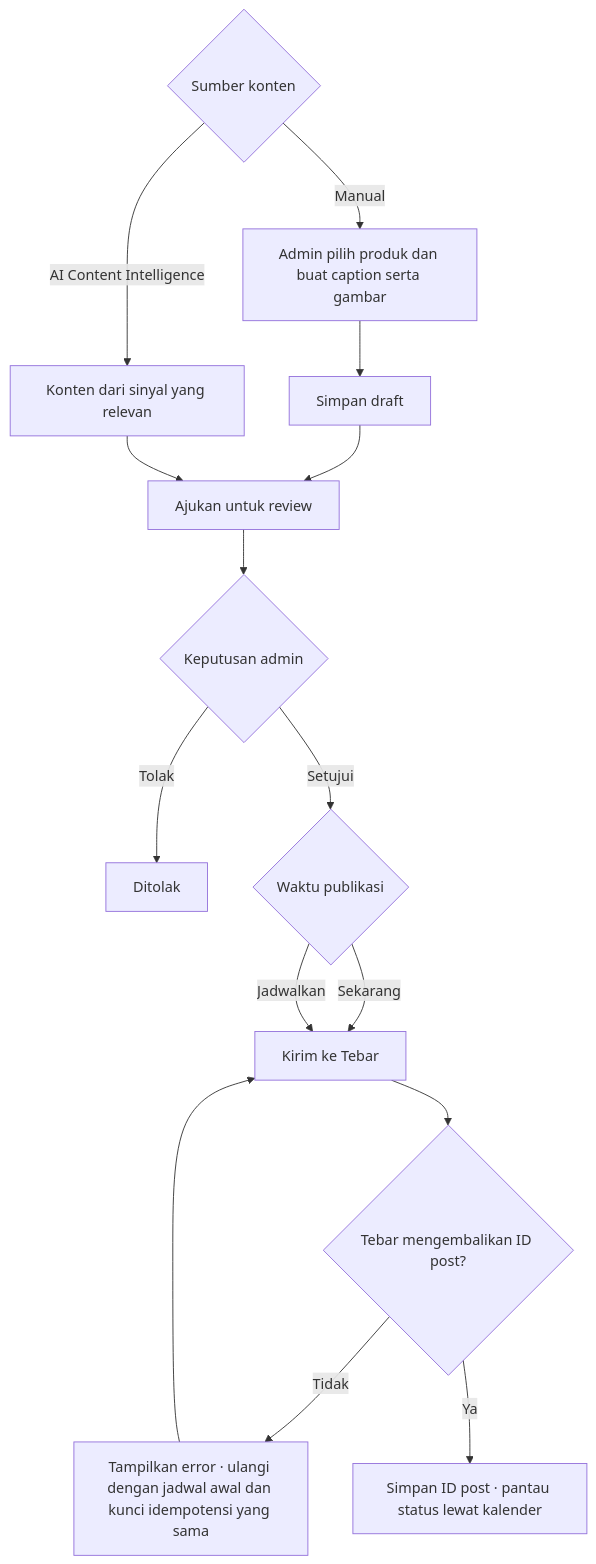
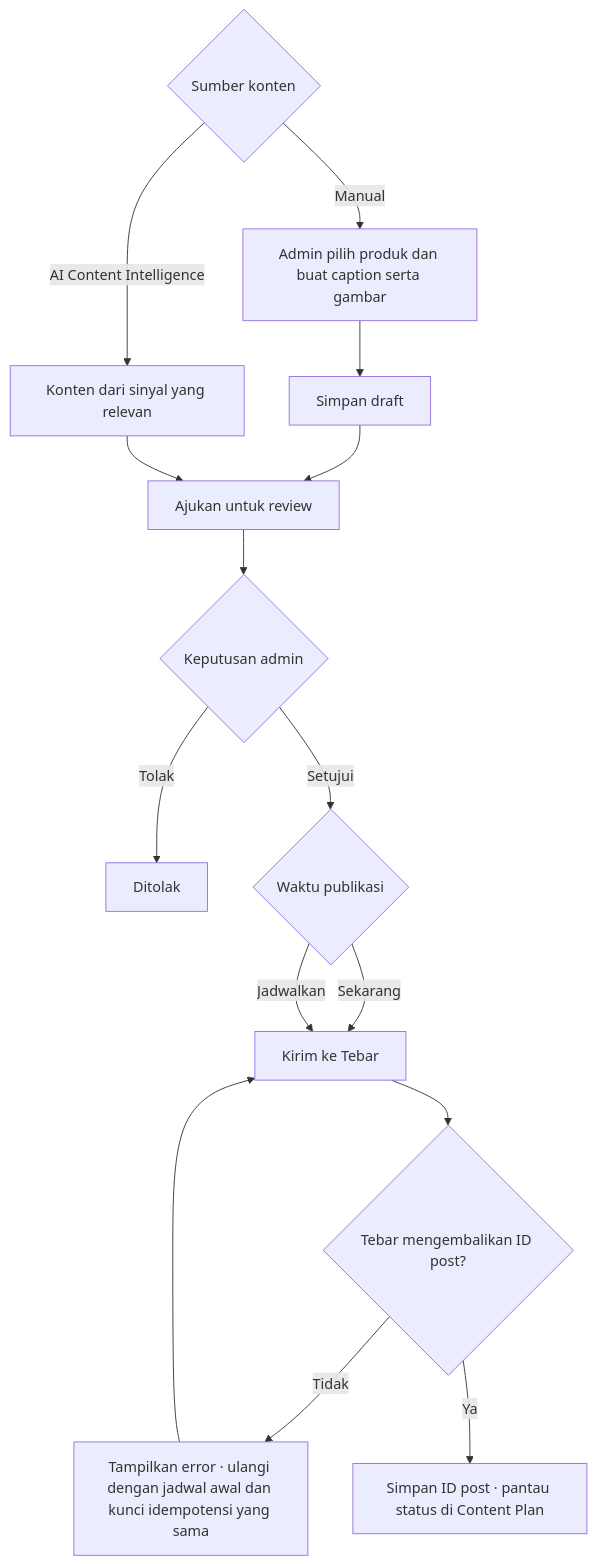
The second of 5 diagrams in README.md (Septiodwi/Pulse-AI), drawn with Mermaid before and after one commit. The commit also changed other lines of this file, not shown here.

````diff
--- a/README.md
+++ b/README.md
@@ -74,17 +74,17 @@
 ```mermaid
 flowchart TD
     Start{"Sumber konten"} -->|"Manual"| Manual["Admin pilih produk dan buat caption serta gambar"]
     Start -->|"AI Content Intelligence"| Signal["Konten dari sinyal yang relevan"]
     Manual --> Draft["Simpan draft"]
     Draft --> Review["Ajukan untuk review"]
     Signal --> Review
     Review --> Decision{"Keputusan admin"}
     Decision -->|"Tolak"| Rejected["Ditolak"]
     Decision -->|"Setujui"| Timing{"Waktu publikasi"}
     Timing -->|"Sekarang"| Send["Kirim ke Tebar"]
     Timing -->|"Jadwalkan"| Send
     Send --> Result{"Tebar mengembalikan ID post?"}
     Result -->|"Tidak"| Retry["Tampilkan error · ulangi dengan jadwal awal dan kunci idempotensi yang sama"]
     Retry --> Send
-    Result -->|"Ya"| Calendar["Simpan ID post · pantau status lewat kalender"]
+    Result -->|"Ya"| Calendar["Simpan ID post · pantau status di Content Plan"]
 ```
````
